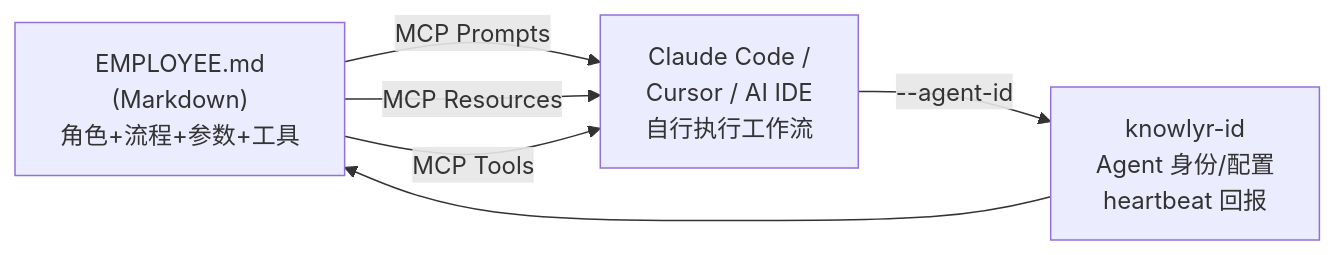
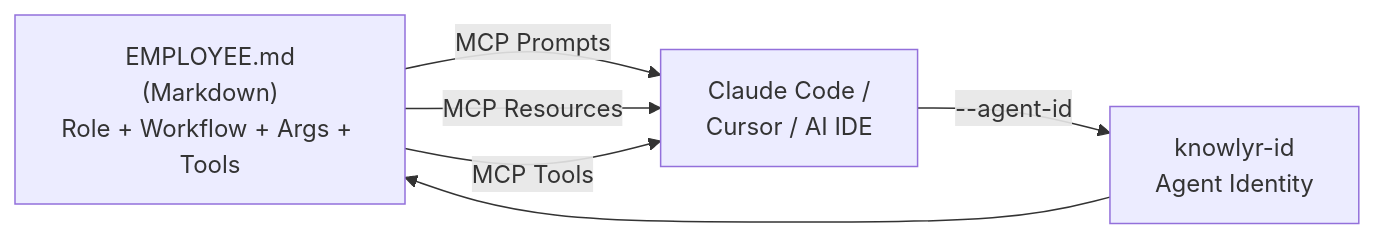
One commit to liuxiaotong/knowlyr-crew changed the first of 2 diagrams in README.md. Above: the diagram before and after it, drawn with Mermaid. The commit also changed other lines of this file and 14 other files, not shown here.

````diff
--- a/README.md
+++ b/README.md
@@ -28,8 +42,8 @@
 ```mermaid
 graph LR
-    E["EMPLOYEE.md<br/>(Markdown)<br/>角色+流程+参数+工具"] -->|MCP Prompts| IDE["Claude Code /<br/>Cursor / AI IDE<br/>自行执行工作流"]
+    E["EMPLOYEE.md<br/>(Markdown)<br/>Role + Workflow + Args + Tools"] -->|MCP Prompts| IDE["Claude Code /<br/>Cursor / AI IDE"]
     E -->|MCP Resources| IDE
     E -->|MCP Tools| IDE
-    IDE -->|--agent-id| ID["knowlyr-id<br/>Agent 身份/配置<br/>heartbeat 回报"]
+    IDE -->|--agent-id| ID["knowlyr-id<br/>Agent Identity"]
     ID --> E
 ```
````
